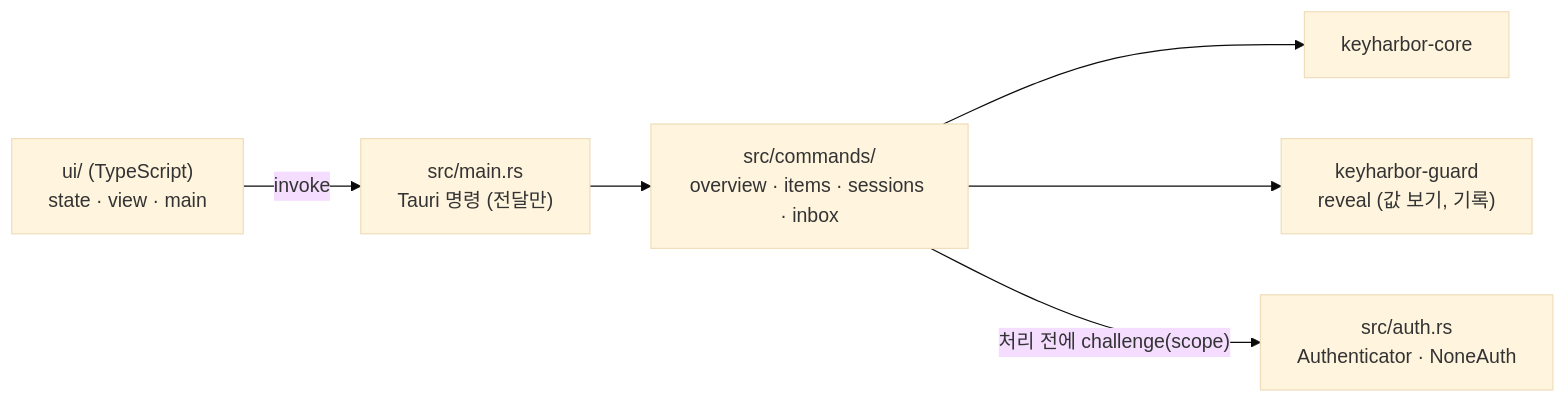
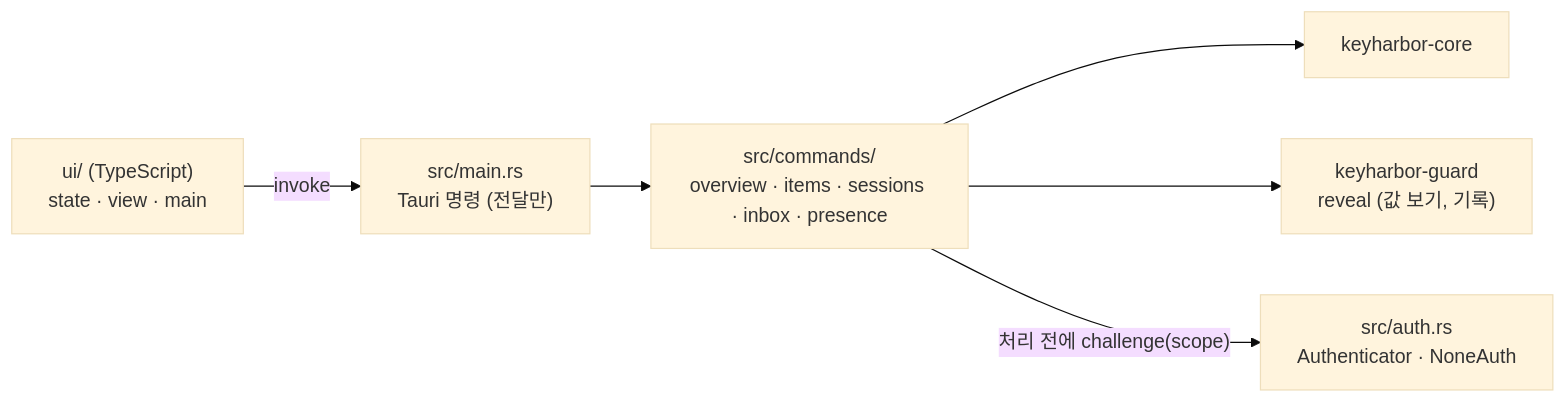
Before and after one commit to LeeSwallow/KeyHarbor: the diagram in app/README.md, drawn with Mermaid (base theme). The commit also changed other lines of this file and 34 other files, not shown here.

````diff
--- a/app/README.md
+++ b/app/README.md
@@ -5,8 +5,8 @@
 ```mermaid
 flowchart LR
   UI["ui/ (TypeScript)<br/>state · view · main"] -- "invoke" --> M["src/main.rs<br/>Tauri 명령 (전달만)"]
-  M --> C["src/commands/<br/>overview · items · sessions · inbox"]
+  M --> C["src/commands/<br/>overview · items · sessions · inbox · presence"]
   C --> core["keyharbor-core"]
   C --> guard["keyharbor-guard<br/>reveal (값 보기, 기록)"]
   C -- "처리 전에 challenge(scope)" --> A["src/auth.rs<br/>Authenticator · NoneAuth"]
 ```
````
